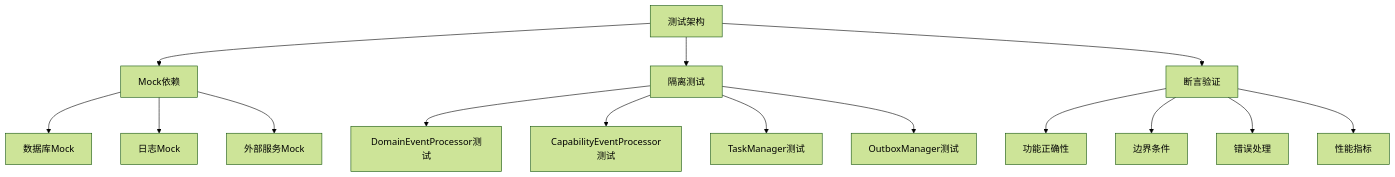
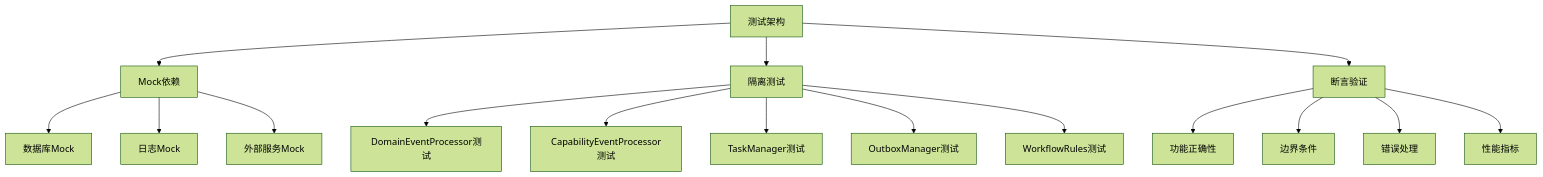
One commit to zhiyue/infinite-scribe changed diagram 33 of 38 in apps/backend/src/agents/orchestrator/README.md. Above: the diagram before and after it, drawn with Mermaid (forest theme). The commit also changed other lines of this file and 1 other file, not shown here.

````diff
--- a/apps/backend/src/agents/orchestrator/README.md
+++ b/apps/backend/src/agents/orchestrator/README.md
@@ -1350,20 +1602,21 @@
 ```mermaid
 graph TD
     A[测试架构] --> B[Mock依赖]
     A --> C[隔离测试]
     A --> D[断言验证]
     
     B --> B1[数据库Mock]
     B --> B2[日志Mock]
     B --> B3[外部服务Mock]
     
     C --> C1[DomainEventProcessor测试]
     C --> C2[CapabilityEventProcessor测试]
     C --> C3[TaskManager测试]
     C --> C4[OutboxManager测试]
+    C --> C5[WorkflowRules测试]
     
     D --> D1[功能正确性]
     D --> D2[边界条件]
     D --> D3[错误处理]
     D --> D4[性能指标]
 ```
````
